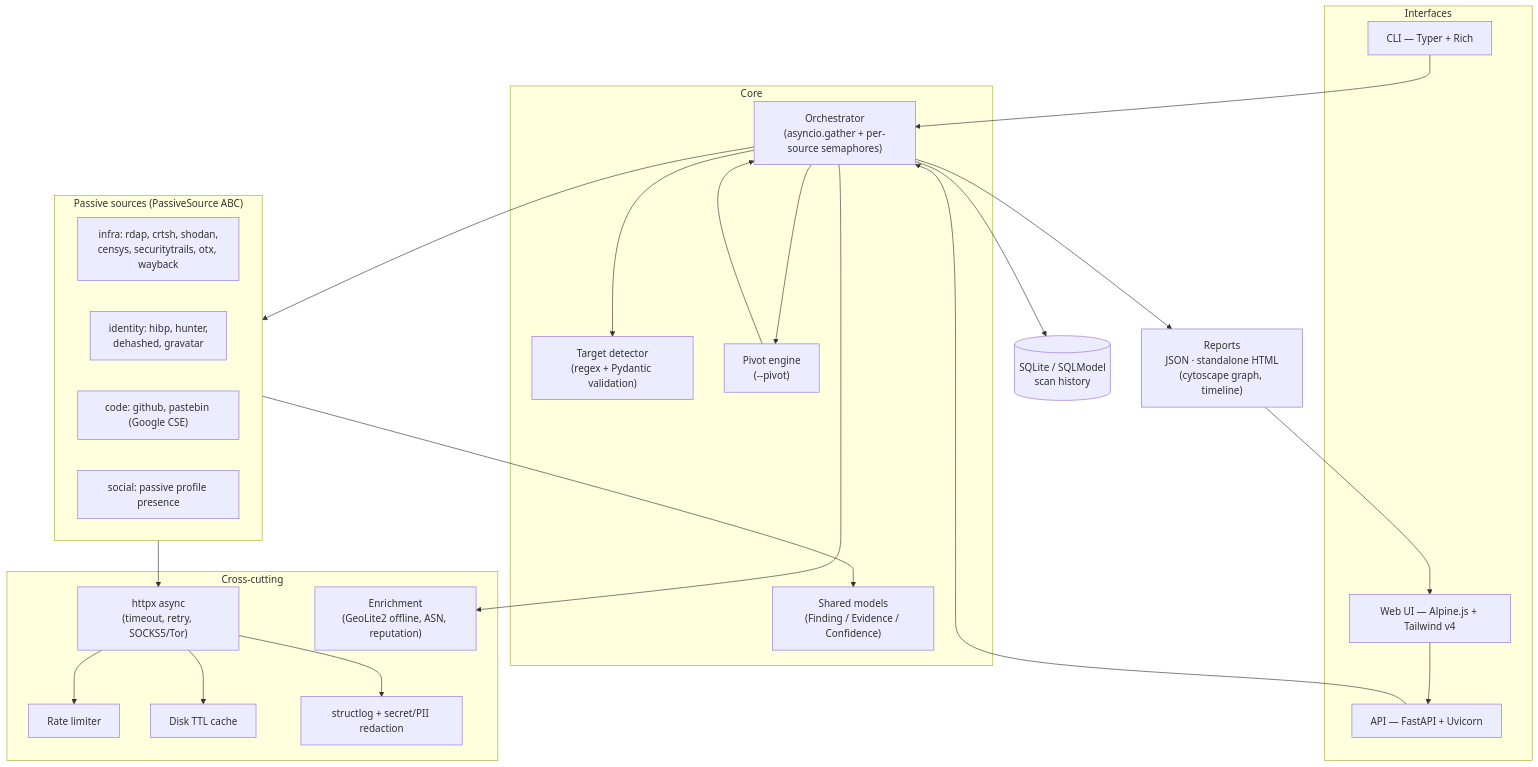
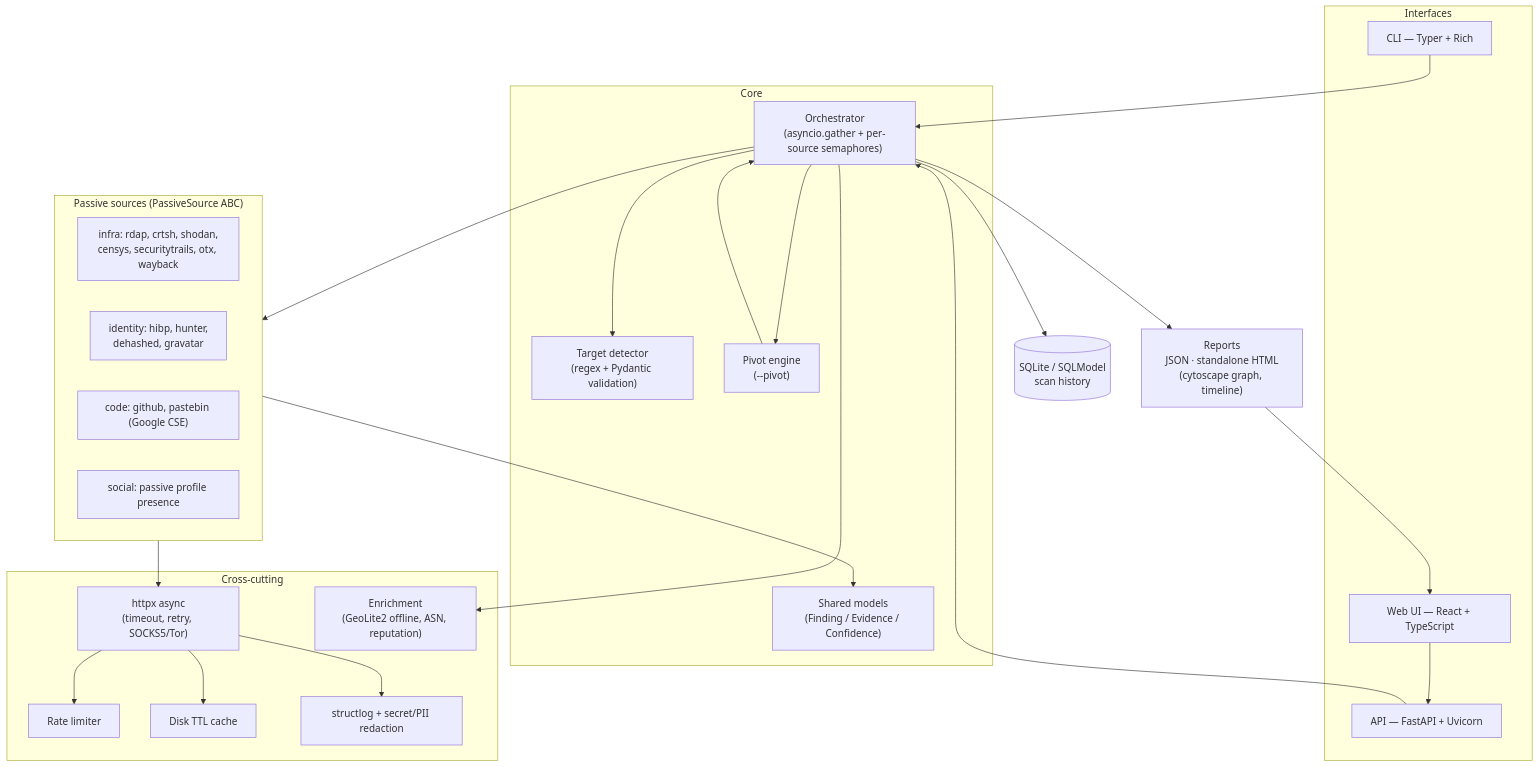
The second of 2 diagrams in docs/architecture.md (Rauke10/OSINT), drawn with Mermaid before and after one commit. The commit also changed other lines of this file and 7 other files, not shown here.

First line of the commit message:
docs: architecture decision records, C4 diagram, contributors

````diff
--- a/docs/architecture.md
+++ b/docs/architecture.md
@@ -9,50 +42,50 @@
 ```mermaid
 flowchart TD
     subgraph IF["Interfaces"]
         CLI["CLI — Typer + Rich"]
         API["API — FastAPI + Uvicorn"]
-        UI["Web UI — Alpine.js + Tailwind v4"]
+        UI["Web UI — React + TypeScript"]
     end
 
     subgraph CORE["Core"]
         TD["Target detector\n(regex + Pydantic validation)"]
         ORCH["Orchestrator\n(asyncio.gather + per-source semaphores)"]
         PIV["Pivot engine\n(--pivot)"]
         MOD["Shared models\n(Finding / Evidence / Confidence)"]
     end
 
     subgraph SRC["Passive sources (PassiveSource ABC)"]
         INFRA["infra: rdap, crtsh, shodan,\ncensys, securitytrails, otx, wayback"]
         IDN["identity: hibp, hunter,\ndehashed, gravatar"]
         CODE["code: github, pastebin (Google CSE)"]
         SOC["social: passive profile presence"]
     end
 
     subgraph SUP["Cross-cutting"]
         HTTP["httpx async\n(timeout, retry, SOCKS5/Tor)"]
         RL["Rate limiter"]
         CACHE["Disk TTL cache"]
         RED["structlog + secret/PII redaction"]
         ENR["Enrichment\n(GeoLite2 offline, ASN, reputation)"]
     end
 
     DB[("SQLite / SQLModel\nscan history")]
     REP["Reports\nJSON · standalone HTML\n(cytoscape graph, timeline)"]
 
     CLI --> ORCH
     API --> ORCH
     UI --> API
     ORCH --> TD
     ORCH --> SRC
     ORCH --> PIV
     PIV --> ORCH
     SRC --> HTTP
     HTTP --> RL
     HTTP --> CACHE
     HTTP --> RED
     SRC --> MOD
     ORCH --> ENR
     ORCH --> DB
     ORCH --> REP
     REP --> UI
 ```
````
